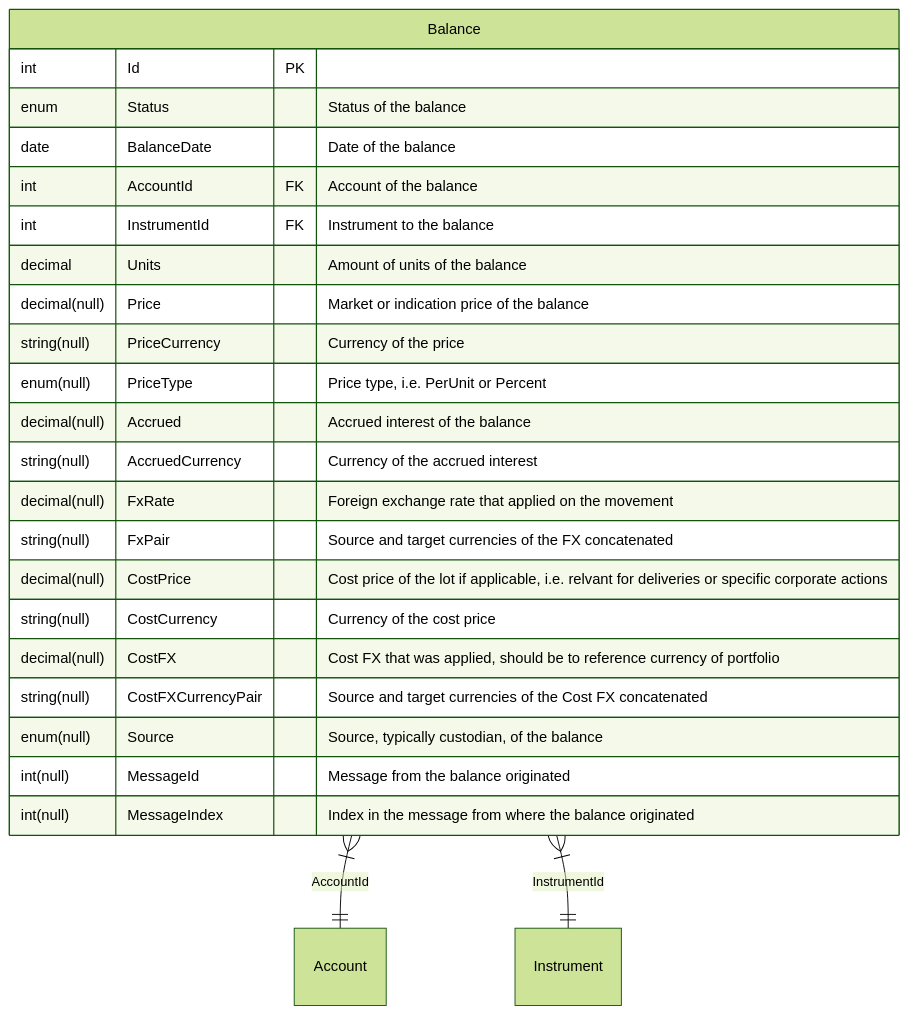
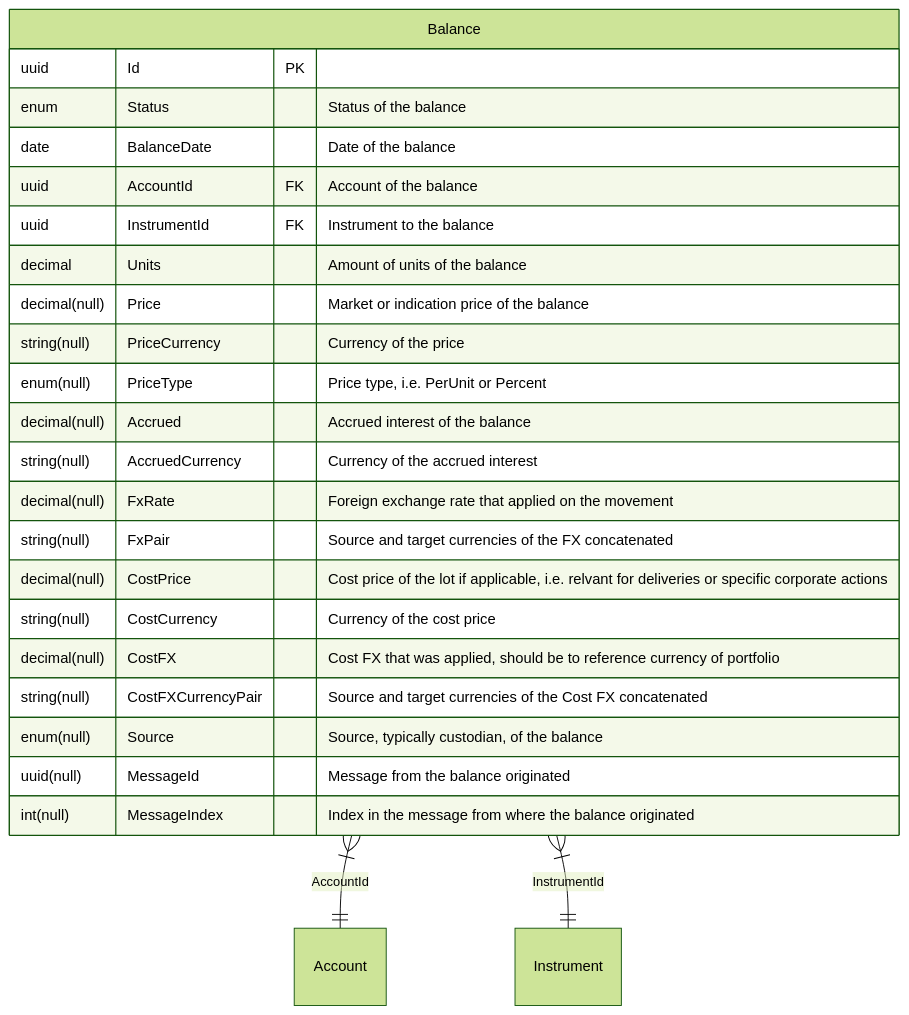
Before and after one commit to wealthledger/docu: the third of 5 diagrams in README.md, drawn with Mermaid (forest theme). The commit also changed other lines of this file, not shown here.

````diff
--- a/README.md
+++ b/README.md
@@ -118,27 +136,27 @@
 ```mermaid
 erDiagram
     Balance }|--|| Account : AccountId
     Balance }|--|| Instrument : InstrumentId
     Balance {
-        int Id PK
+        uuid Id PK
         enum Status "Status of the balance"
         date BalanceDate "Date of the balance"
-        int AccountId FK "Account of the balance"
-        int InstrumentId FK "Instrument to the balance"
+        uuid AccountId FK "Account of the balance"
+        uuid InstrumentId FK "Instrument to the balance"
         decimal Units "Amount of units of the balance"
         decimal(null) Price "Market or indication price of the balance"
         string(null) PriceCurrency "Currency of the price"
         enum(null) PriceType "Price type, i.e. PerUnit or Percent"
         decimal(null) Accrued "Accrued interest of the balance"
         string(null) AccruedCurrency "Currency of the accrued interest"
         decimal(null) FxRate "Foreign exchange rate that applied on the movement"
         string(null) FxPair "Source and target currencies of the FX concatenated"
         decimal(null) CostPrice "Cost price of the lot if applicable, i.e. relvant for deliveries or specific corporate actions"
         string(null) CostCurrency "Currency of the cost price"
         decimal(null) CostFX "Cost FX that was applied, should be to reference currency of portfolio"
         string(null) CostFXCurrencyPair "Source and target currencies of the Cost FX concatenated"
         enum(null) Source "Source, typically custodian, of the balance"
-        int(null) MessageId "Message from the balance originated"
+        uuid(null) MessageId "Message from the balance originated"
         int(null) MessageIndex "Index in the message from where the balance originated"
     }
 ```
````
